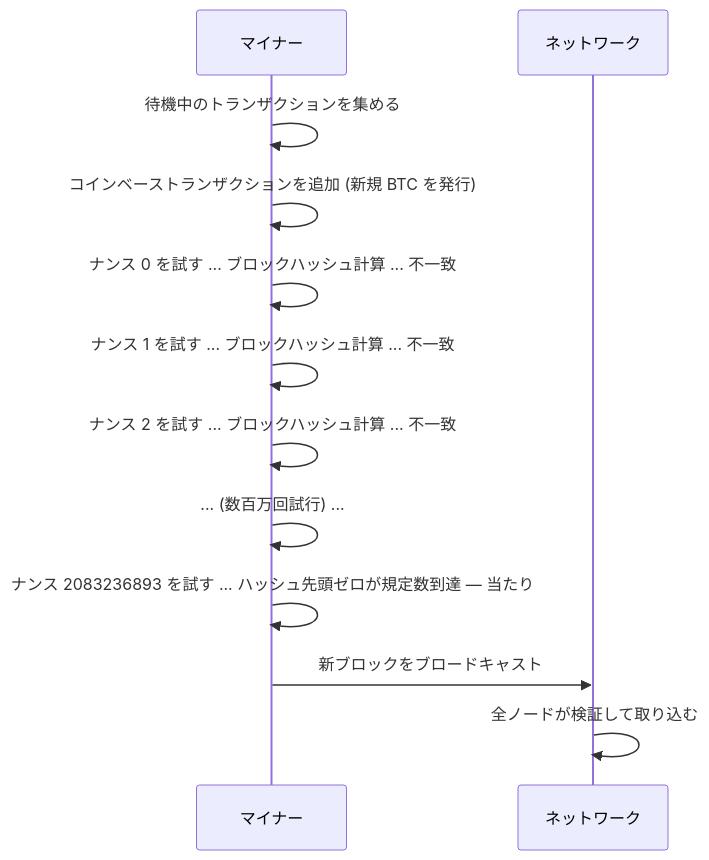
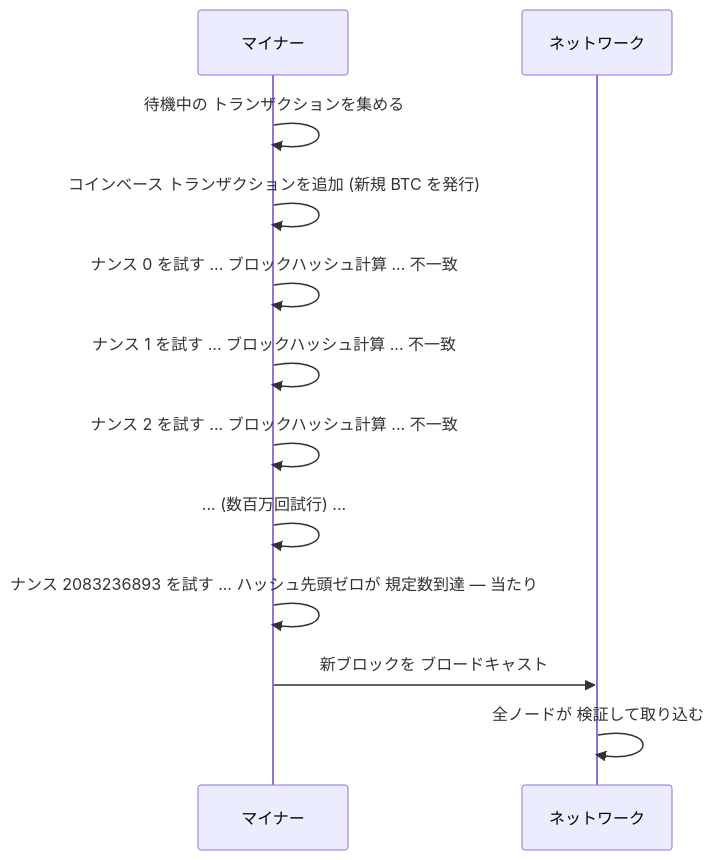
Before and after one commit to cypher256/BitcoinArchive: the sixth of 10 diagrams in src/data/translations/ja/analysis/2026-05-23-how-bitcoin-works-visual-glossary.md, drawn with Mermaid. The commit also changed other lines of this file and 20 other files, not shown here.

````diff
--- a/src/data/translations/ja/analysis/2026-05-23-how-bitcoin-works-visual-glossary.md
+++ b/src/data/translations/ja/analysis/2026-05-23-how-bitcoin-works-visual-glossary.md
@@ -204,14 +206,14 @@
 ```mermaid
 sequenceDiagram
     participant M as マイナー
     participant N as ネットワーク
-    M->>M: 待機中のトランザクションを集める
-    M->>M: コインベーストランザクションを追加 (新規 BTC を発行)
+    M->>M: 待機中の トランザクションを集める
+    M->>M: コインベース トランザクションを追加 (新規 BTC を発行)
     M->>M: ナンス 0 を試す ... ブロックハッシュ計算 ... 不一致
     M->>M: ナンス 1 を試す ... ブロックハッシュ計算 ... 不一致
     M->>M: ナンス 2 を試す ... ブロックハッシュ計算 ... 不一致
     M->>M: ... (数百万回試行) ...
-    M->>M: ナンス 2083236893 を試す ... ハッシュ先頭ゼロが規定数到達 ― 当たり
-    M->>N: 新ブロックをブロードキャスト
-    N->>N: 全ノードが検証して取り込む
+    M->>M: ナンス 2083236893 を試す ... ハッシュ先頭ゼロが 規定数到達 ― 当たり
+    M->>N: 新ブロックを ブロードキャスト
+    N->>N: 全ノードが 検証して取り込む
 ```
````
